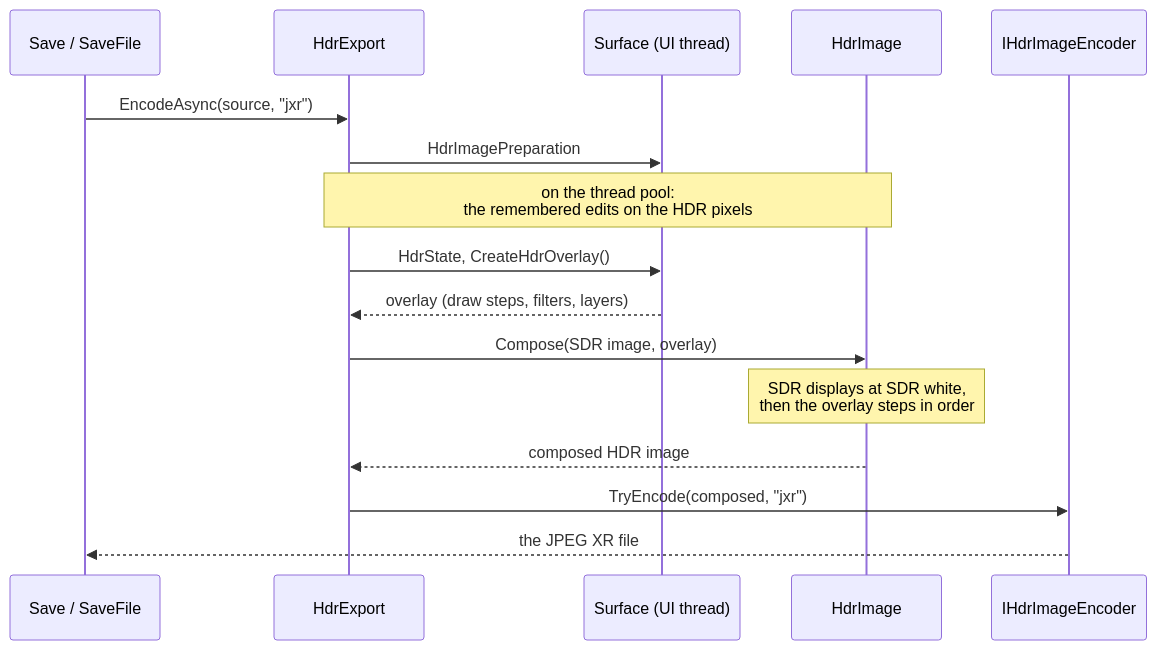
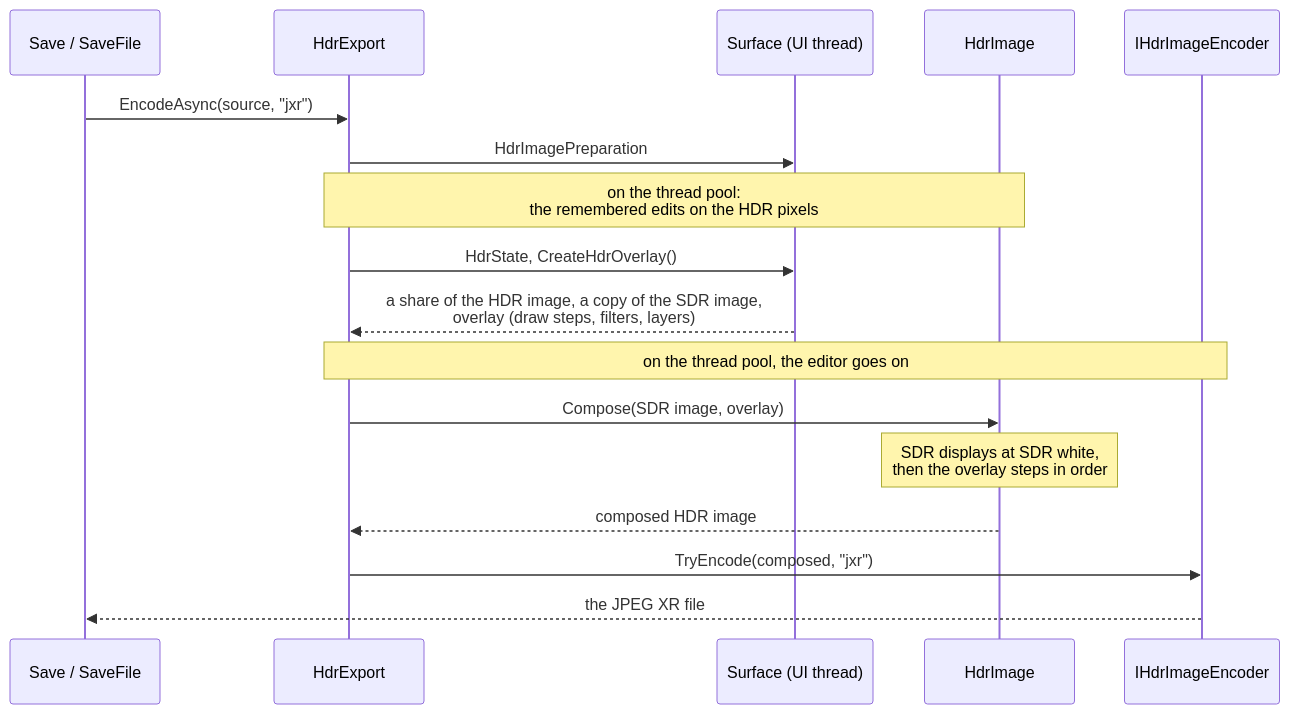
Before and after one commit to greenshot/greenshot: the second of 3 diagrams in docs/vNext/hdr.md, drawn with Mermaid. The commit also changed 5 other files, not shown here.

````diff
--- a/docs/vNext/hdr.md
+++ b/docs/vNext/hdr.md
@@ -135,18 +135,19 @@
 ```mermaid
 sequenceDiagram
     participant Save as Save / SaveFile
     participant Export as HdrExport
     participant Surface as Surface (UI thread)
     participant Hdr as HdrImage
     participant Wic as IHdrImageEncoder
     Save->>Export: EncodeAsync(source, "jxr")
     Export->>Surface: HdrImagePreparation
     Note over Export,Hdr: on the thread pool:<br/>the remembered edits on the HDR pixels
     Export->>Surface: HdrState, CreateHdrOverlay()
-    Surface-->>Export: overlay (draw steps, filters, layers)
+    Surface-->>Export: a share of the HDR image, a copy of the SDR image,<br/>overlay (draw steps, filters, layers)
+    Note over Export,Wic: on the thread pool, the editor goes on
     Export->>Hdr: Compose(SDR image, overlay)
     Note over Hdr: SDR displays at SDR white,<br/>then the overlay steps in order
     Hdr-->>Export: composed HDR image
     Export->>Wic: TryEncode(composed, "jxr")
     Wic-->>Save: the JPEG XR file
 ```
````
